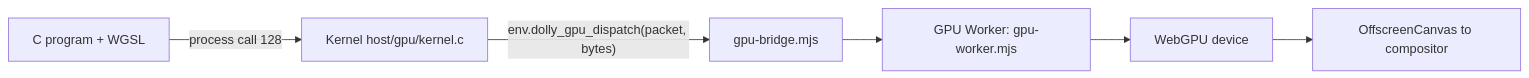
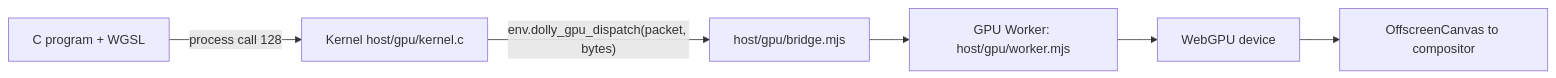
Before and after one commit to daugasauron/dolly: the diagram in docs/gpu.md, drawn with Mermaid. The commit also changed 17 other files, not shown here.

First line of the commit message:
Documents say what the code does: the image graph, who enters through promising, names, counts

````diff
--- a/docs/gpu.md
+++ b/docs/gpu.md
@@ -8,7 +8,7 @@
 ```mermaid
 flowchart LR
   prog["C program + WGSL"] -- "process call 128" --> kernel["Kernel host/gpu/kernel.c"]
-  kernel -- "env.dolly_gpu_dispatch(packet, bytes)" --> bridge["gpu-bridge.mjs"]
-  bridge --> worker["GPU Worker: gpu-worker.mjs"]
+  kernel -- "env.dolly_gpu_dispatch(packet, bytes)" --> bridge["host/gpu/bridge.mjs"]
+  bridge --> worker["GPU Worker: host/gpu/worker.mjs"]
   worker --> webgpu["WebGPU device"] --> canvas["OffscreenCanvas to compositor"]
 ```
````
